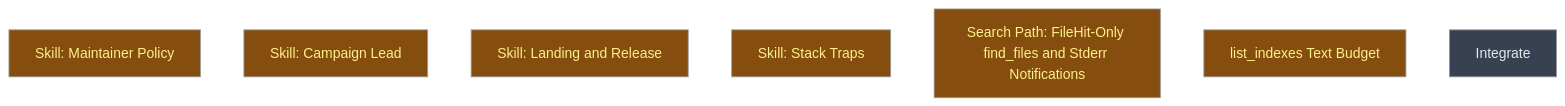
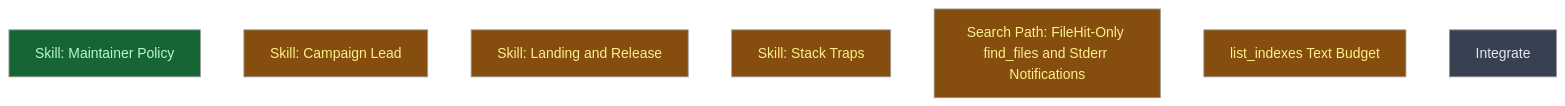
Before and after one commit to CrackingShells/colgrep-mcp: the diagram in __roadmap__/dev_plugin/README.md, drawn with Mermaid (neutral theme). The commit also changed other lines of this file and 1 other file, not shown here.

Commit message:
docs(roadmap): mark skill_policy and integrate/surface done

````diff
--- a/__roadmap__/dev_plugin/README.md
+++ b/__roadmap__/dev_plugin/README.md
@@ -33,15 +33,15 @@
 ```mermaid
 graph TD
-    skill_policy[Skill: Maintainer Policy]:::inprogress
+    skill_policy[Skill: Maintainer Policy]:::done
     skill_campaign_lead[Skill: Campaign Lead]:::inprogress
     skill_landing_release[Skill: Landing and Release]:::inprogress
     skill_stack_traps[Skill: Stack Traps]:::inprogress
     search_path[Search Path: FileHit-Only find_files and Stderr Notifications]:::inprogress
     list_indexes_budget[list_indexes Text Budget]:::inprogress
     integrate[Integrate]:::planned
     classDef done       fill:#166534,color:#bbf7d0
     classDef inprogress fill:#854d0e,color:#fef08a
     classDef planned    fill:#374151,color:#e5e7eb
     classDef amendment  fill:#1e3a5f,color:#bfdbfe
     classDef blocked    fill:#7f1d1d,color:#fecaca
 ```
````
